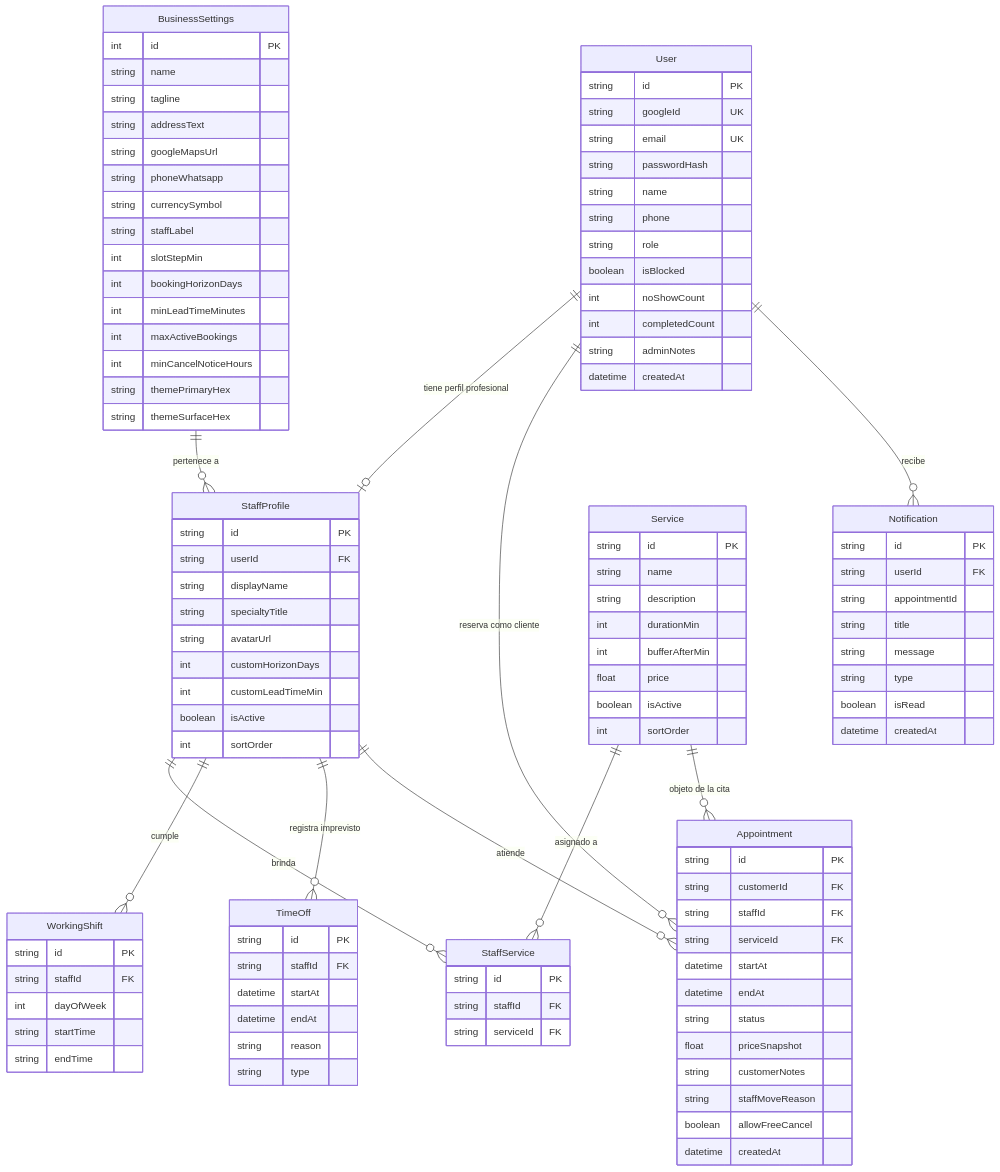
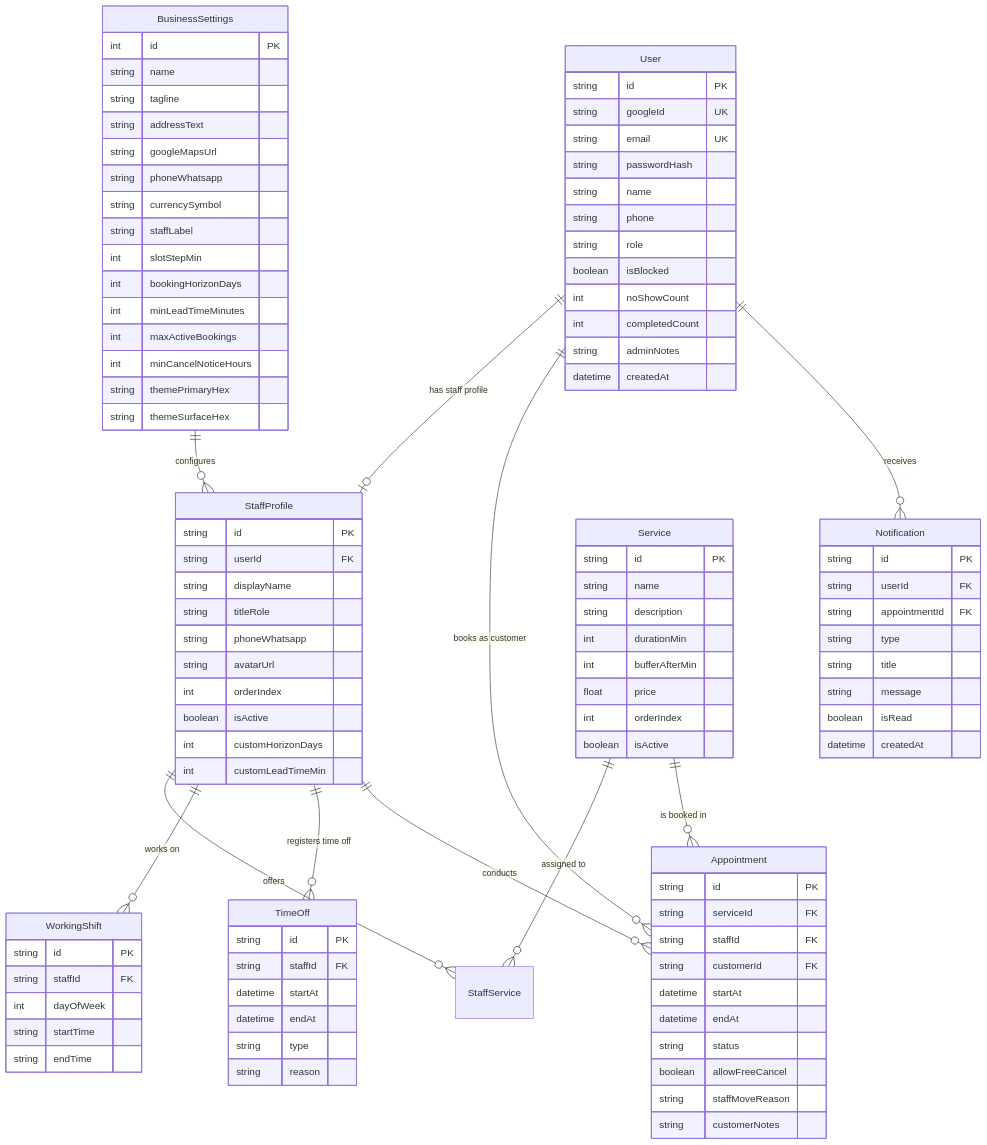
One commit to iamcristian/reservation-microsystem changed the diagram in docs/DATABASE.md. Above: the diagram before and after it, drawn with Mermaid. The commit also changed other lines of this file and 17 other files, not shown here.

````diff
--- a/docs/DATABASE.md
+++ b/docs/DATABASE.md
@@ -9,17 +9,17 @@
 ```mermaid
 erDiagram
-    BusinessSettings ||--o{ StaffProfile : "pertenece a"
-    User ||--o| StaffProfile : "tiene perfil profesional"
-    User ||--o{ Appointment : "reserva como cliente"
-    User ||--o{ Notification : "recibe"
+    BusinessSettings ||--o{ StaffProfile : "configures"
+    User ||--o| StaffProfile : "has staff profile"
+    User ||--o{ Appointment : "books as customer"
+    User ||--o{ Notification : "receives"
     
-    StaffProfile ||--o{ StaffService : "brinda"
-    StaffProfile ||--o{ WorkingShift : "cumple"
-    StaffProfile ||--o{ TimeOff : "registra imprevisto"
-    StaffProfile ||--o{ Appointment : "atiende"
+    StaffProfile ||--o{ StaffService : "offers"
+    StaffProfile ||--o{ WorkingShift : "works on"
+    StaffProfile ||--o{ TimeOff : "registers time off"
+    StaffProfile ||--o{ Appointment : "conducts"
     
-    Service ||--o{ StaffService : "asignado a"
-    Service ||--o{ Appointment : "objeto de la cita"
+    Service ||--o{ StaffService : "assigned to"
+    Service ||--o{ Appointment : "is booked in"
 
     BusinessSettings {
         int id PK
@@ -58,12 +58,13 @@
         string id PK
         string userId FK
         string displayName
-        string specialtyTitle
+        string titleRole
+        string phoneWhatsapp
         string avatarUrl
+        int orderIndex
+        boolean isActive
         int customHorizonDays
         int customLeadTimeMin
-        boolean isActive
-        int sortOrder
     }
 
     Service {
@@ -73,14 +74,8 @@
         int durationMin
         int bufferAfterMin
         float price
+        int orderIndex
         boolean isActive
-        int sortOrder
-    }
-
-    StaffService {
-        string id PK
-        string staffId FK
-        string serviceId FK
     }
 
     WorkingShift {
@@ -96,32 +91,30 @@
         string staffId FK
         datetime startAt
         datetime endAt
+        string type
         string reason
-        string type
     }
 
     Appointment {
         string id PK
+        string serviceId FK
+        string staffId FK
         string customerId FK
-        string staffId FK
-        string serviceId FK
         datetime startAt
         datetime endAt
         string status
-        float priceSnapshot
+        boolean allowFreeCancel
+        string staffMoveReason
         string customerNotes
-        string staffMoveReason
-        boolean allowFreeCancel
-        datetime createdAt
     }
 
     Notification {
         string id PK
         string userId FK
-        string appointmentId
+        string appointmentId FK
+        string type
         string title
         string message
-        string type
         boolean isRead
         datetime createdAt
     }
````
